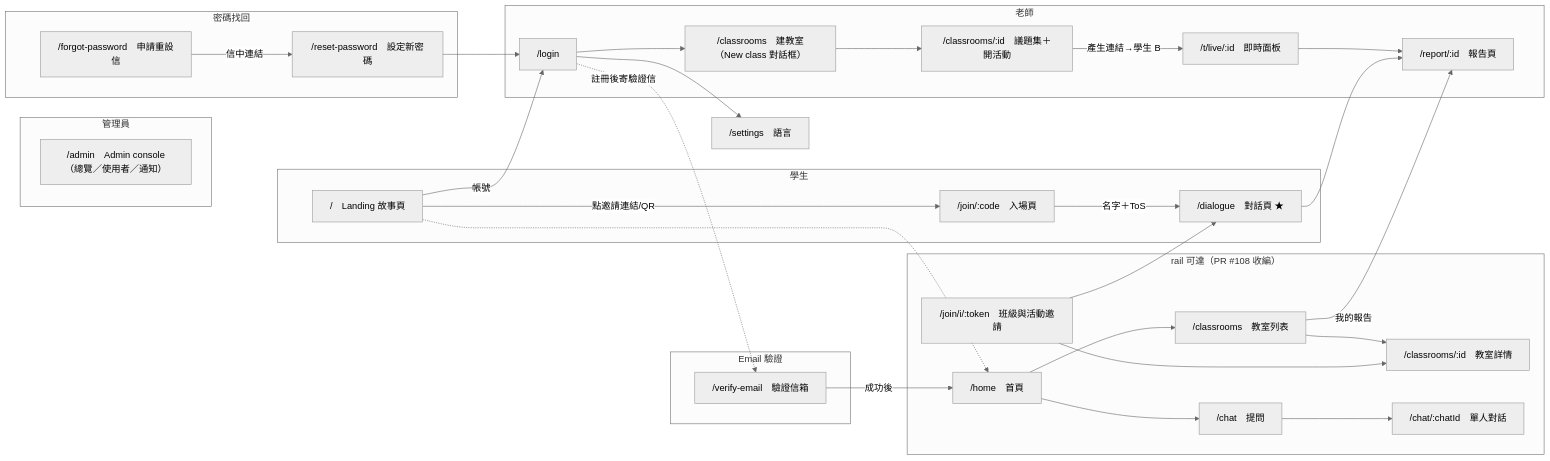
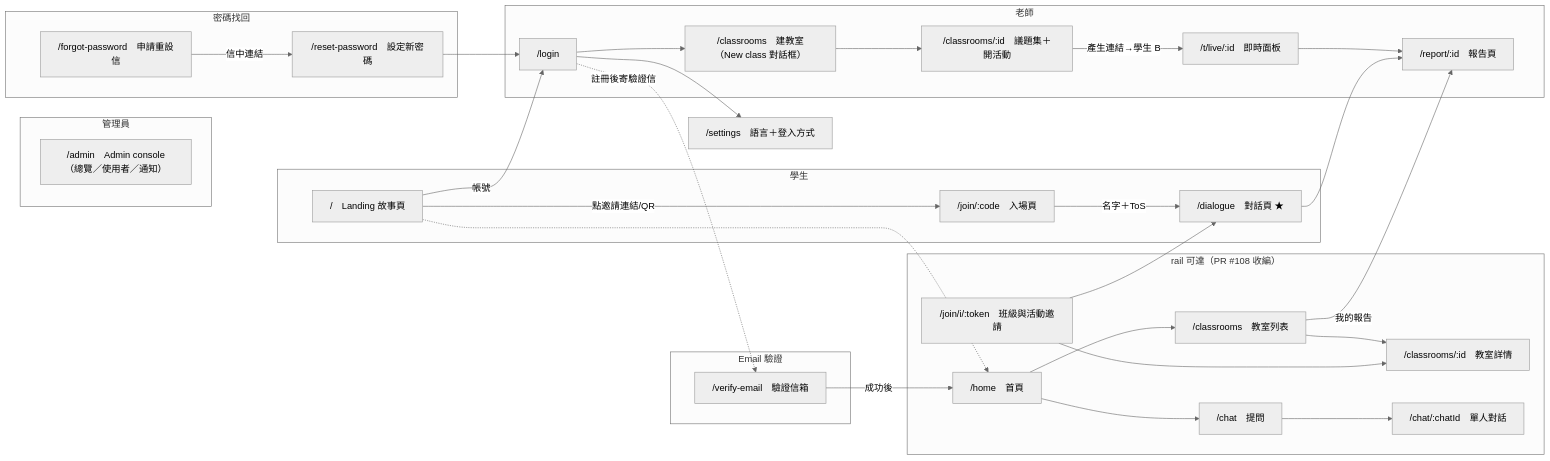
Before and after one commit to ntnu-swe-2026-team4/socrates-classroom: the diagram in docs/frontend.md, drawn with Mermaid (neutral theme). The commit also changed other lines of this file and 19 other files, not shown here.

````diff
--- a/docs/frontend.md
+++ b/docs/frontend.md
@@ -15,37 +15,37 @@
 ```mermaid
 flowchart LR
     subgraph student[學生]
         A["/　Landing 故事頁"] -->|"點邀請連結/QR"| B["/join/:code　入場頁"]
         B -->|"名字＋ToS"| D["/dialogue　對話頁 ★"]
     end
     subgraph teacher[老師]
         A -->|帳號| C["/login"]
         C --> E2["/classrooms　建教室（New class 對話框）"]
         E2 --> E["/classrooms/:id　議題集＋開活動"]
         E -->|"產生連結→學生 B"| F["/t/live/:id　即時面板"]
         F --> G["/report/:id　報告頁"]
     end
     D --> G
-    C --> H["/settings　語言"]
+    C --> H["/settings　語言＋登入方式"]
     subgraph rail[rail 可達（PR #108 收編）]
         J["/home　首頁"] --> K["/classrooms　教室列表"]
         K --> L["/classrooms/:id　教室詳情"]
         V["/join/i/:token　班級與活動邀請"] --> L
         V --> D
         K -->|"我的報告"| G
         J --> O["/chat　提問"]
         O --> P["/chat/:chatId　單人對話"]
     end
     A -.-> J
     subgraph admin[管理員]
         I["/admin　Admin console（總覽／使用者／通知）"]
     end
     subgraph recovery[密碼找回]
         M["/forgot-password　申請重設信"] -->|"信中連結"| N["/reset-password　設定新密碼"]
     end
     subgraph verify[Email 驗證]
         R["/verify-email　驗證信箱"] -->|"成功後"| J
     end
     C -.->|"註冊後寄驗證信"| R
     N --> C
 ```
````
